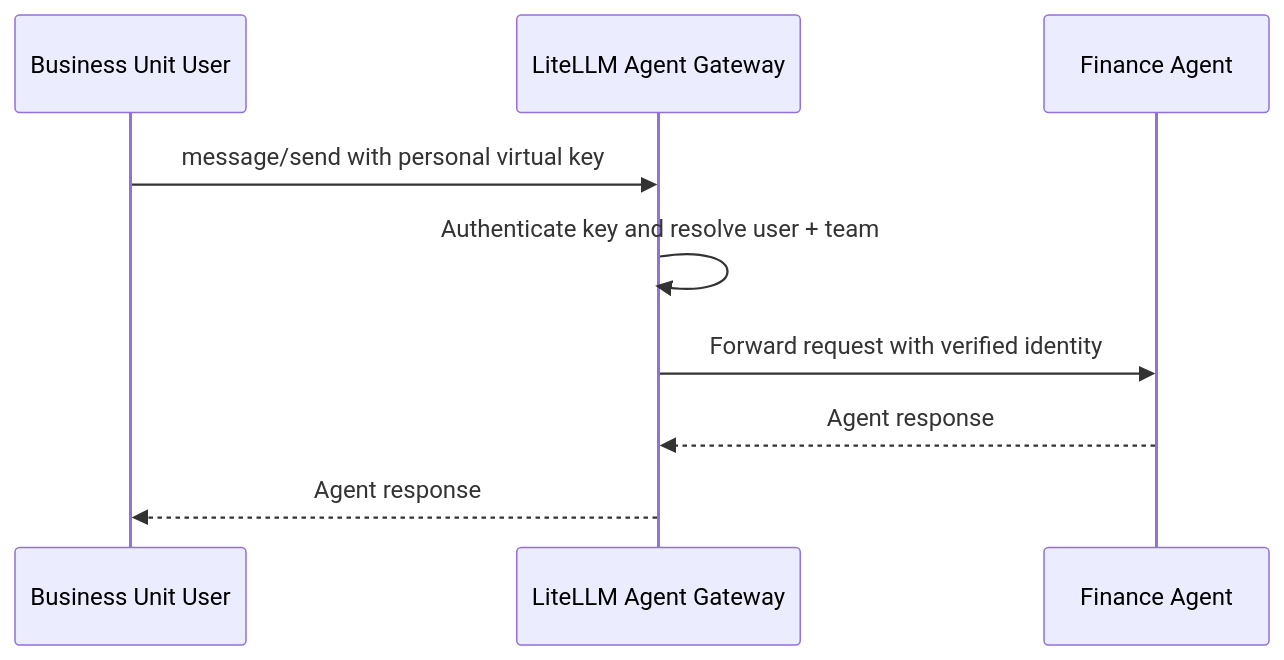
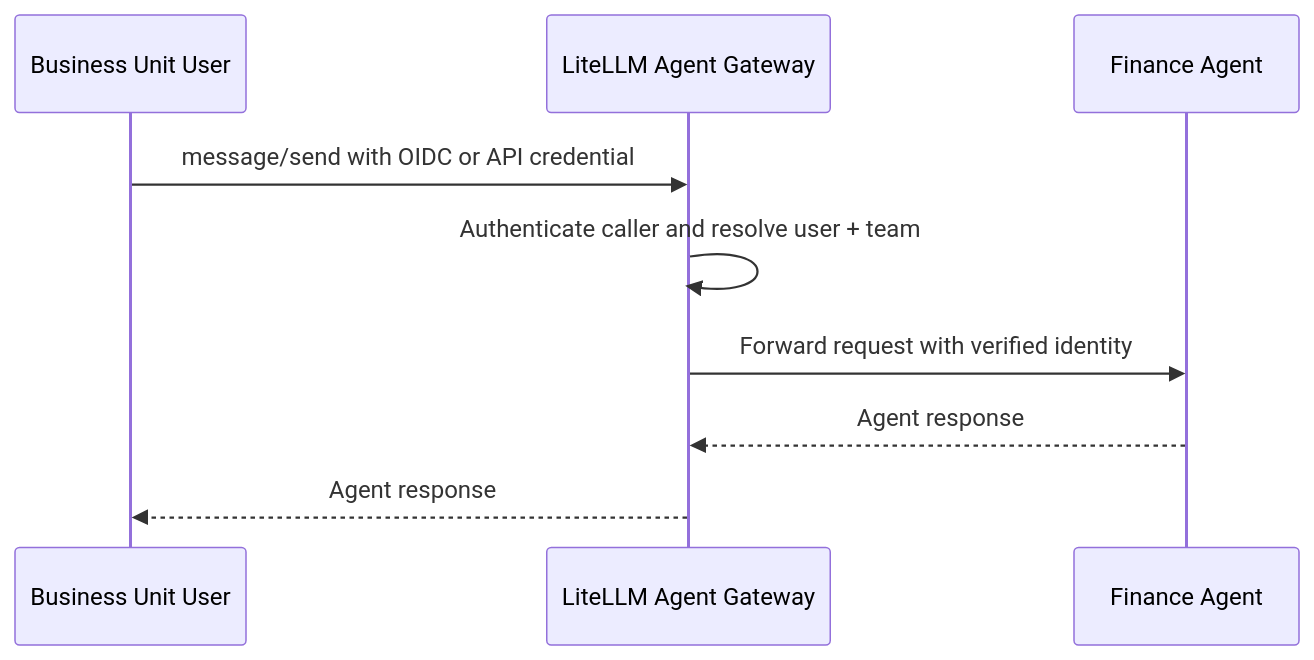
The second of 3 diagrams in blog/ai_gateway_identity_and_finops/index.md (BerriAI/litellm-docs), drawn with Mermaid before and after one commit. The commit also changed other lines of this file, not shown here.

Commit message:
Make shared-agent authentication language OIDC-inclusive

````diff
--- a/blog/ai_gateway_identity_and_finops/index.md
+++ b/blog/ai_gateway_identity_and_finops/index.md
@@ -62,12 +62,12 @@
 ```mermaid
 sequenceDiagram
     participant U as Business Unit User
     participant AG as LiteLLM Agent Gateway
     participant FA as Finance Agent
 
-    U->>AG: message/send with personal virtual key
-    AG->>AG: Authenticate key and resolve user + team
+    U->>AG: message/send with OIDC or API credential
+    AG->>AG: Authenticate caller and resolve user + team
     AG->>FA: Forward request with verified identity
     FA-->>AG: Agent response
     AG-->>U: Agent response
 ```
````
